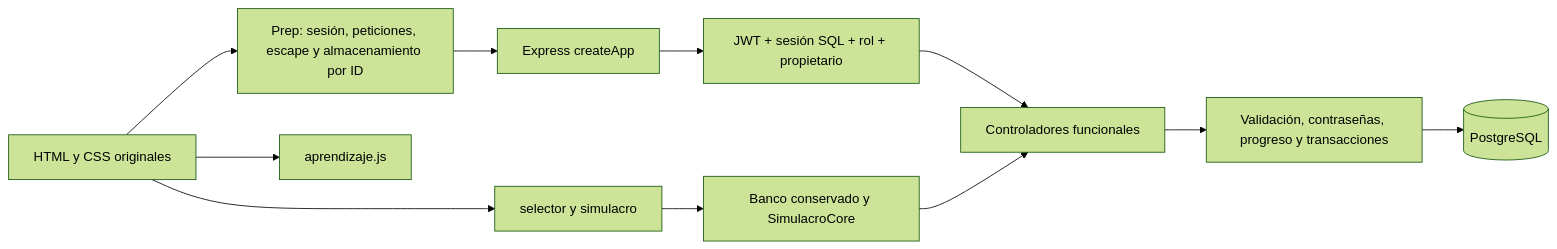
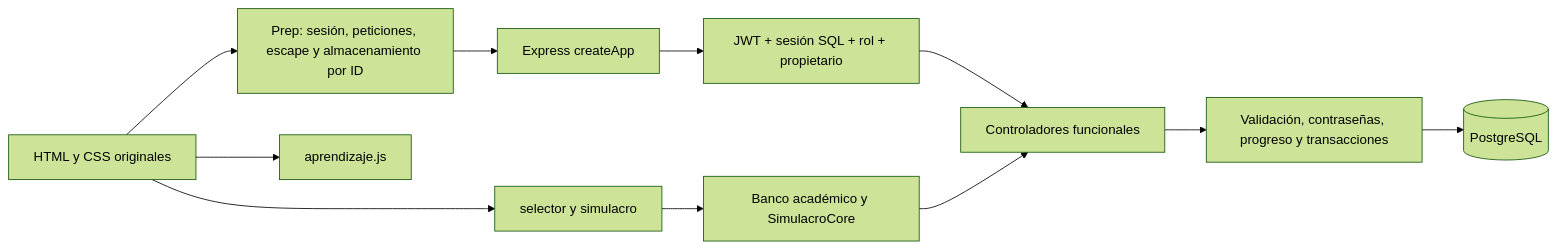
The diagram in docs/tecnica/arquitectura-real.md (lfcastrillo-hash/plataforma-icfes), drawn with Mermaid (forest theme) before and after one commit. The commit also changed other lines of this file and 9 other files, not shown here.

````diff
--- a/docs/tecnica/arquitectura-real.md
+++ b/docs/tecnica/arquitectura-real.md
@@ -9,13 +10,13 @@
 ```mermaid
 flowchart LR
   H[HTML y CSS originales] --> P[Prep: sesión, peticiones, escape y almacenamiento por ID]
   H --> A[aprendizaje.js]
   H --> S[selector y simulacro]
-  S --> B[Banco conservado y SimulacroCore]
+  S --> B[Banco académico y SimulacroCore]
   P --> E[Express createApp]
   E --> M[JWT + sesión SQL + rol + propietario]
   M --> C[Controladores funcionales]
   C --> T[Validación, contraseñas, progreso y transacciones]
   T --> DB[(PostgreSQL)]
   B --> C
 ```
````
